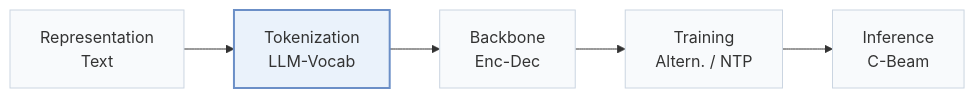
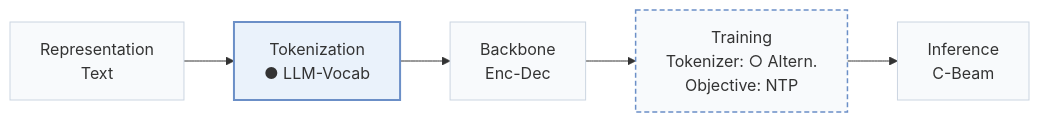
One commit to Galaxy-ghost/Awesome-SID-Generative-Rec changed the first of 3 diagrams in pages/papers/idgenrec.md. Above: the diagram before and after it, drawn with Mermaid. The commit also changed other lines of this file and 558 other files, not shown here.

````diff
--- a/pages/papers/idgenrec.md
+++ b/pages/papers/idgenrec.md
@@ -15,8 +19,10 @@
 ```mermaid
 flowchart LR
-    R["Representation<br/>Text"] --> T["Tokenization<br/>LLM-Vocab"] --> B["Backbone<br/>Enc-Dec"] --> TR["Training<br/>Altern. / NTP"] --> I["Inference<br/>C-Beam"]
+    R["Representation<br/>Text"] --> T["Tokenization<br/>● LLM-Vocab"] --> B["Backbone<br/>Enc-Dec"] --> TR["Training<br/>Tokenizer: ○ Altern.<br/>Objective: NTP"] --> I["Inference<br/>C-Beam"]
     classDef base fill:#f8fafc,stroke:#cbd5e1
     class R,T,B,TR,I base
+    classDef other fill:#f8fafc,stroke:#6b8fc7,stroke-width:1.5px,stroke-dasharray:5 3
+    class TR other
     classDef main fill:#eaf2fb,stroke:#6b8fc7,stroke-width:2px
     class T main
 ```
````
